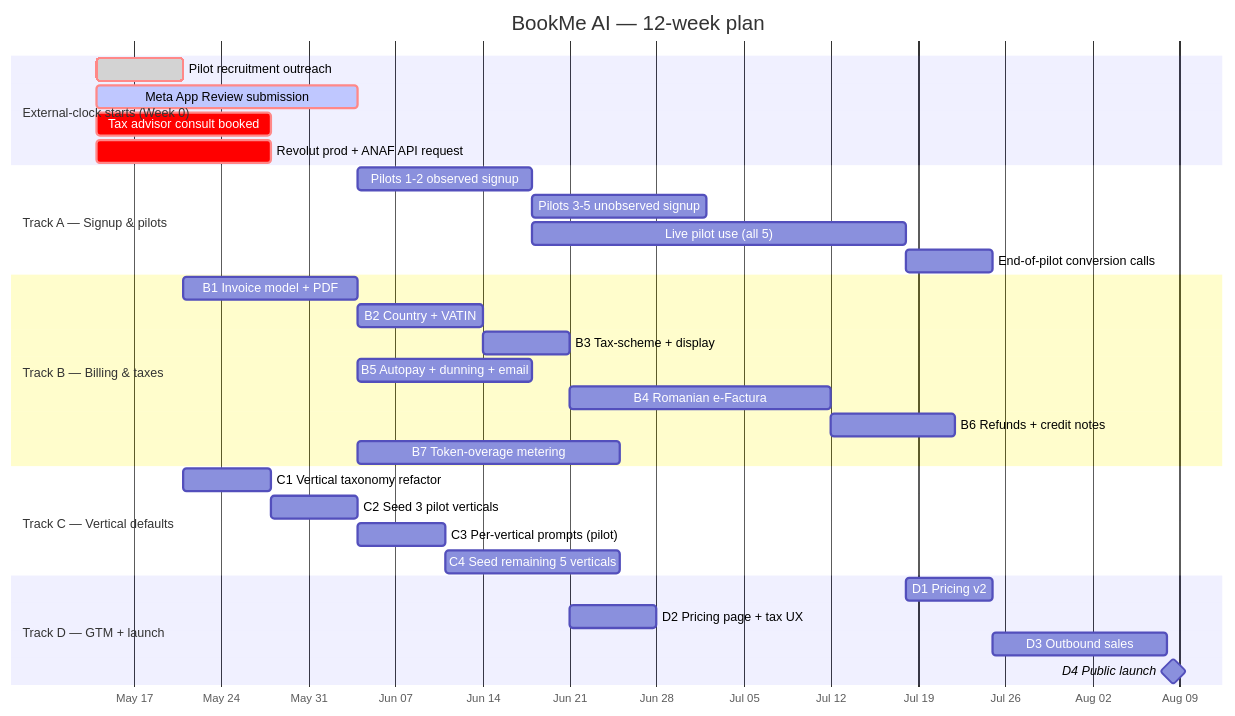
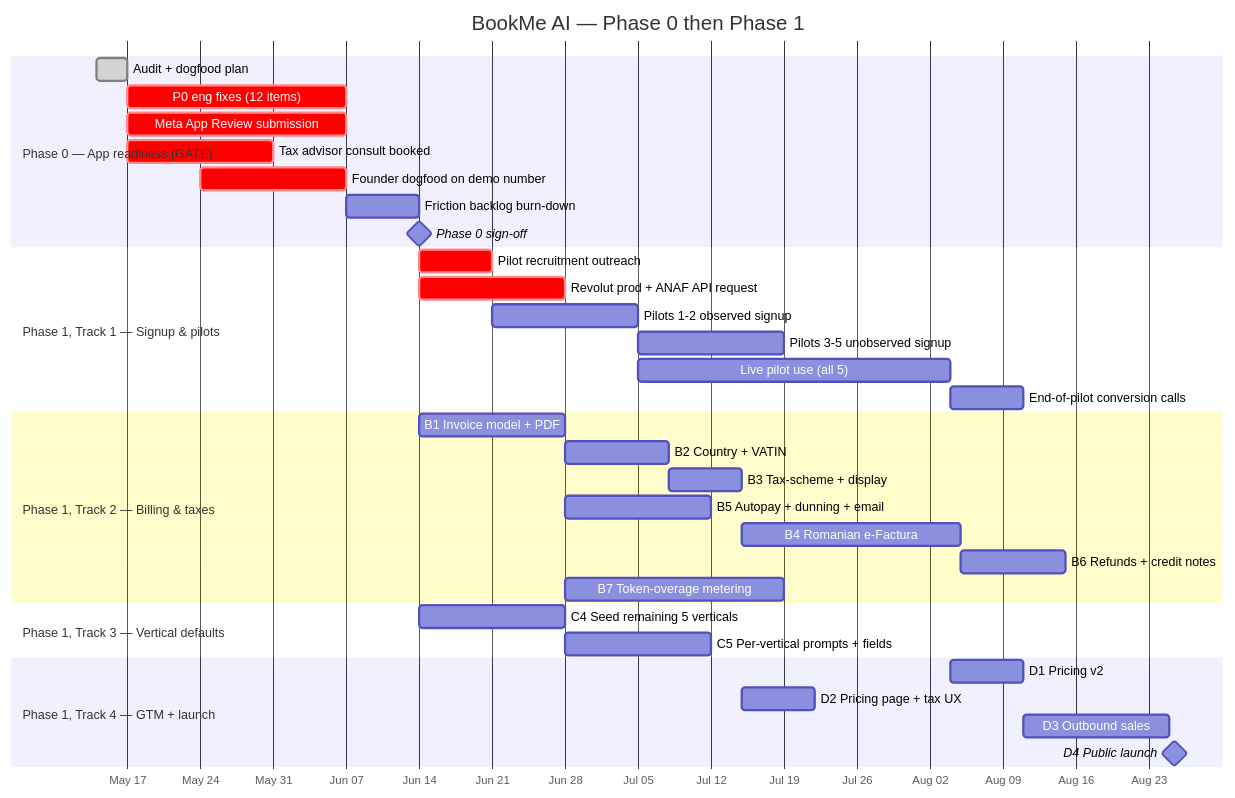
The fourth of 9 diagrams in docs/roadmap/08-diagrams.md (SimionFlorin/appointment_scheduler_agent), drawn with Mermaid before and after one commit. The commit also changed other lines of this file and 9 other files, not shown here.

````diff
--- a/docs/roadmap/08-diagrams.md
+++ b/docs/roadmap/08-diagrams.md
@@ -131,39 +163,42 @@
 ```mermaid
 gantt
-    title BookMe AI — 12-week plan
+    title BookMe AI — Phase 0 then Phase 1
     dateFormat  YYYY-MM-DD
     axisFormat %b %d
 
-    section External-clock starts (Week 0)
-    Pilot recruitment outreach        :crit, done,  e1, 2026-05-14, 7d
-    Meta App Review submission        :crit, active, e2, 2026-05-14, 21d
-    Tax advisor consult booked        :crit, e3, 2026-05-14, 14d
-    Revolut prod + ANAF API request   :crit, e4, 2026-05-14, 14d
+    section Phase 0 — App readiness (GATE)
+    Audit + dogfood plan              :done, p0a, 2026-05-14, 3d
+    P0 eng fixes (12 items)           :crit, p0b, 2026-05-17, 21d
+    Meta App Review submission        :crit, p0meta, 2026-05-17, 21d
+    Tax advisor consult booked        :crit, p0tax, 2026-05-17, 14d
+    Founder dogfood on demo number    :crit, p0dog, 2026-05-24, 14d
+    Friction backlog burn-down        :p0fric, after p0dog, 7d
+    Phase 0 sign-off                  :milestone, p0gate, after p0fric, 0d
 
-    section Track A — Signup & pilots
-    Pilots 1-2 observed signup        :a1, after e2, 14d
+    section Phase 1, Track 1 — Signup & pilots
+    Pilot recruitment outreach        :crit, e1, after p0gate, 7d
+    Revolut prod + ANAF API request   :crit, e4, after p0gate, 14d
+    Pilots 1-2 observed signup        :a1, after e1, 14d
     Pilots 3-5 unobserved signup      :a2, after a1, 14d
     Live pilot use (all 5)            :a3, after a1, 30d
     End-of-pilot conversion calls     :a4, after a3, 7d
 
-    section Track B — Billing & taxes
-    B1 Invoice model + PDF            :b1, 2026-05-21, 14d
+    section Phase 1, Track 2 — Billing & taxes
+    B1 Invoice model + PDF            :b1, after p0gate, 14d
     B2 Country + VATIN                :b2, after b1, 10d
     B3 Tax-scheme + display           :b3, after b2, 7d
     B5 Autopay + dunning + email      :b5, after b1, 14d
     B4 Romanian e-Factura             :b4, after b3, 21d
     B6 Refunds + credit notes         :b6, after b4, 10d
     B7 Token-overage metering         :b7, after b1, 21d
 
-    section Track C — Vertical defaults
-    C1 Vertical taxonomy refactor     :c1, 2026-05-21, 7d
-    C2 Seed 3 pilot verticals         :c2, after c1, 7d
-    C3 Per-vertical prompts (pilot)   :c3, after c2, 7d
-    C4 Seed remaining 5 verticals     :c4, after c3, 14d
+    section Phase 1, Track 3 — Vertical defaults
+    C4 Seed remaining 5 verticals     :c4, after p0gate, 14d
+    C5 Per-vertical prompts + fields  :c5, after c4, 14d
 
-    section Track D — GTM + launch
+    section Phase 1, Track 4 — GTM + launch
     D1 Pricing v2                     :d1, after a3, 7d
     D2 Pricing page + tax UX          :d2, after b3, 7d
     D3 Outbound sales                 :d3, after d1, 14d
     D4 Public launch                  :milestone, d4, after d3, 1d
 ```
````
